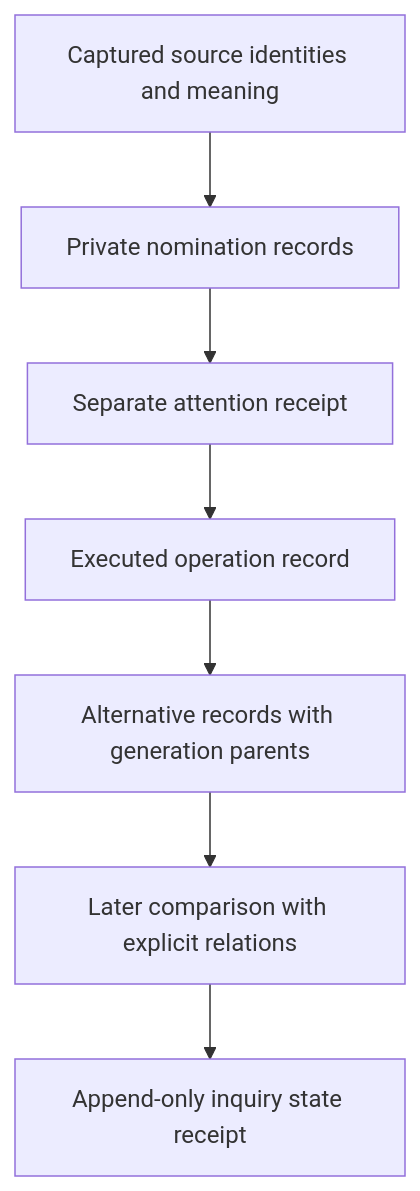
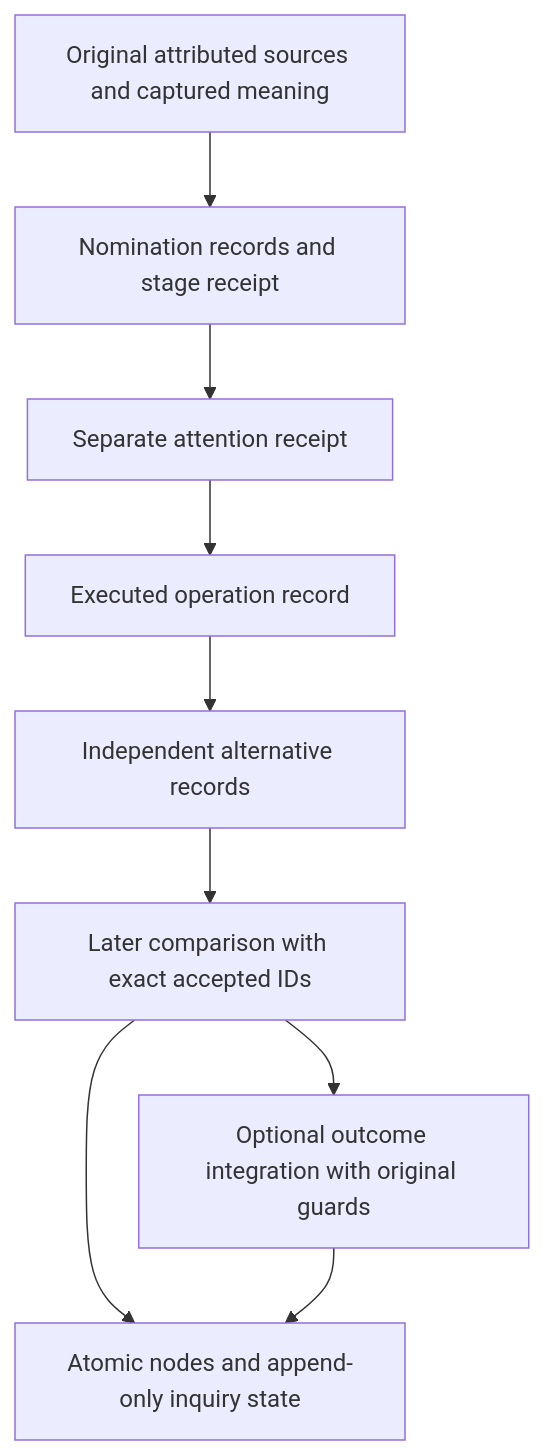
The second of 3 diagrams in docs/subsystems/private-loop.md (flamingrickpat/private-machine), drawn with Mermaid before and after one commit. The commit also changed other lines of this file and 38 other files, not shown here.

First line of the commit message:
feat(cognition): run guarded private inquiry through the kernel

````diff
--- a/docs/subsystems/private-loop.md
+++ b/docs/subsystems/private-loop.md
@@ -253,9 +117,11 @@
 ```mermaid
 flowchart TB
-    S[Captured source identities and meaning] --> N[Private nomination records]
+    S[Original attributed sources and captured meaning] --> N[Nomination records and stage receipt]
     N --> A[Separate attention receipt]
     A --> O[Executed operation record]
-    O --> B[Alternative records with generation parents]
-    B --> C[Later comparison with explicit relations]
-    C --> R[Append-only inquiry state receipt]
+    O --> B[Independent alternative records]
+    B --> C[Later comparison with exact accepted IDs]
+    C --> F[Optional outcome integration with original guards]
+    C --> R[Atomic nodes and append-only inquiry state]
+    F --> R
 ```
````
